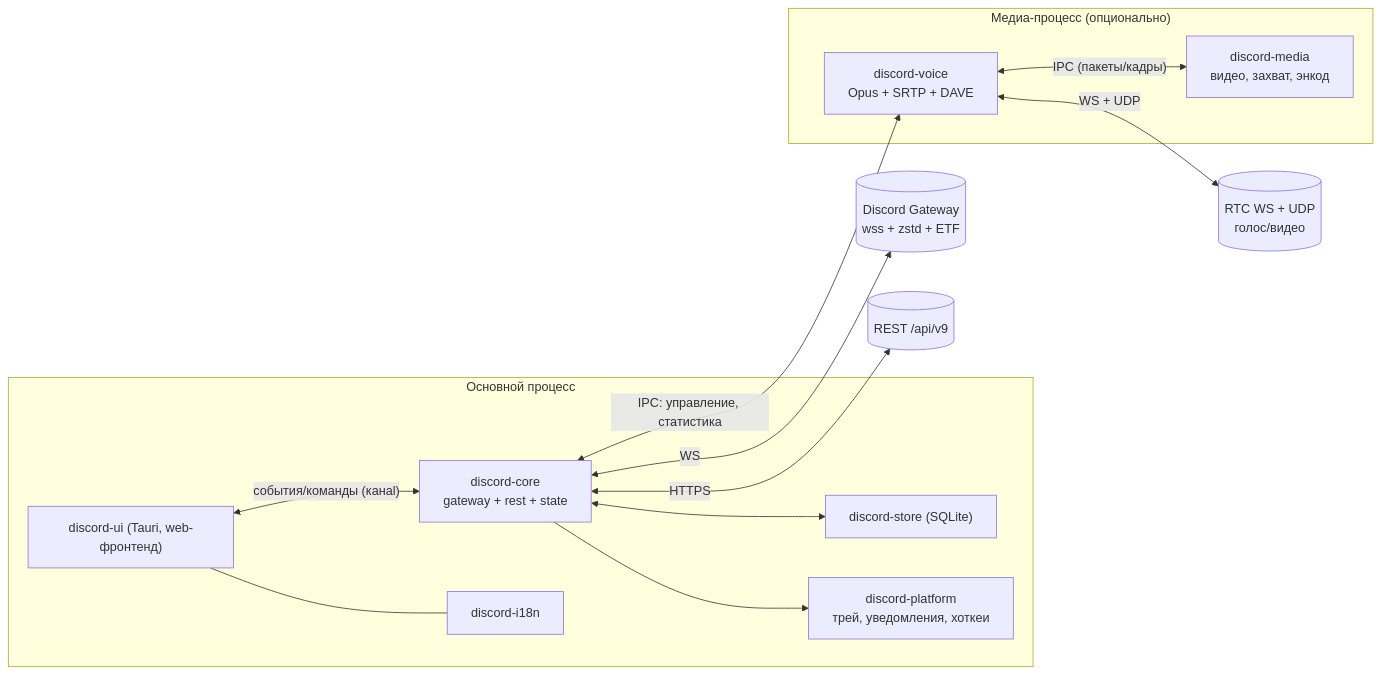
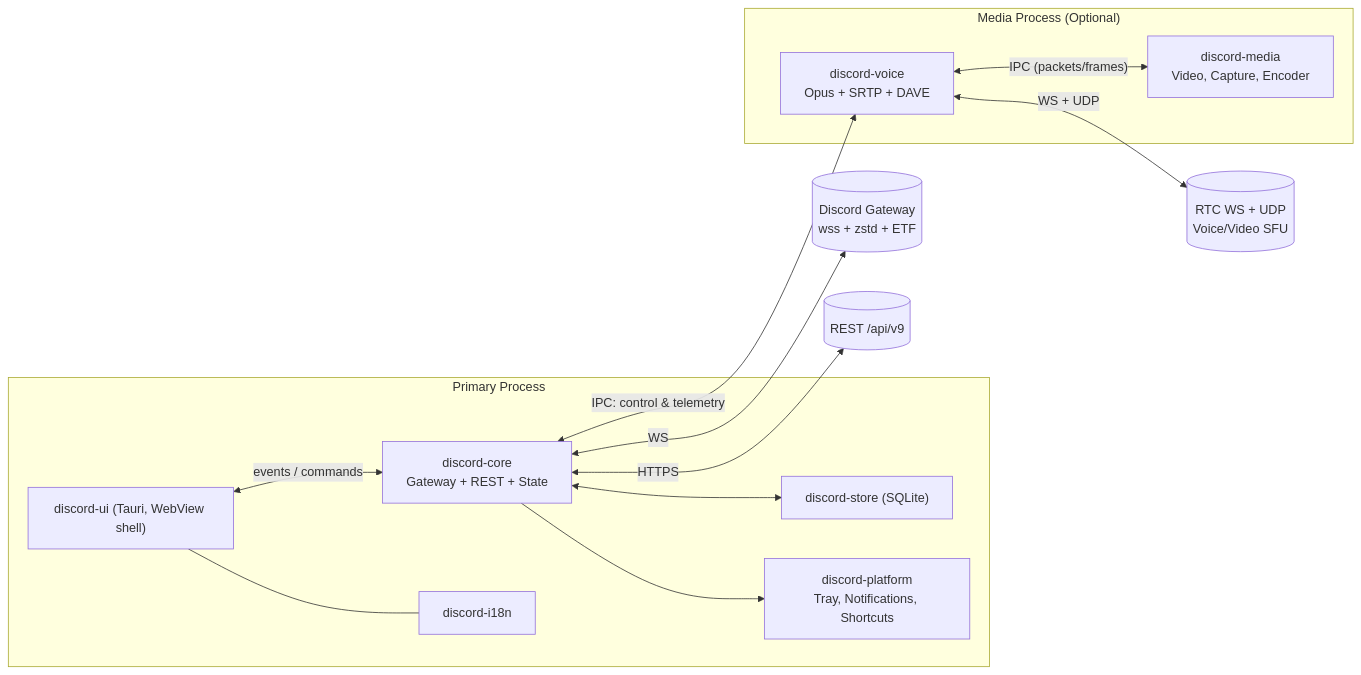
Before and after one commit to Userbash/chord: the first of 5 diagrams in docs/rust-client/ARCHITECTURE.md, drawn with Mermaid. The commit also changed other lines of this file and 2279 other files, not shown here.

````diff
--- a/docs/rust-client/ARCHITECTURE.md
+++ b/docs/rust-client/ARCHITECTURE.md
@@ -18,26 +11,26 @@
 ```mermaid
 flowchart LR
-    subgraph RP["Основной процесс"]
-        UI["discord-ui (Tauri, web-фронтенд)"]
-        CORE["discord-core<br/>gateway + rest + state"]
+    subgraph RP["Primary Process"]
+        UI["discord-ui (Tauri, WebView shell)"]
+        CORE["discord-core<br/>Gateway + REST + State"]
         STORE["discord-store (SQLite)"]
         I18N["discord-i18n"]
-        PLAT["discord-platform<br/>трей, уведомления, хоткеи"]
-        UI <-->|"события/команды (канal)"| CORE
+        PLAT["discord-platform<br/>Tray, Notifications, Shortcuts"]
+        UI <-->|"events / commands"| CORE
         CORE <--> STORE
         UI --- I18N
         CORE --> PLAT
     end
-    subgraph MP["Медиа-процесс (опционально)"]
+    subgraph MP["Media Process (Optional)"]
         VOICE["discord-voice<br/>Opus + SRTP + DAVE"]
-        MEDIA["discord-media<br/>видео, захват, энкод"]
-        VOICE <-->|"IPC (пакеты/кадры)"| MEDIA
+        MEDIA["discord-media<br/>Video, Capture, Encoder"]
+        VOICE <-->|"IPC (packets/frames)"| MEDIA
     end
-    CORE <-->|"IPC: управление, статистика"| VOICE
+    CORE <-->|"IPC: control & telemetry"| VOICE
     GW[("Discord Gateway<br/>wss + zstd + ETF")]
     API[("REST /api/v9")]
-    RTC[("RTC WS + UDP<br/>голос/видео")]
+    RTC[("RTC WS + UDP<br/>Voice/Video SFU")]
     CORE <-->|"WS"| GW
     CORE <-->|"HTTPS"| API
     VOICE <-->|"WS + UDP"| RTC
 ```
````
